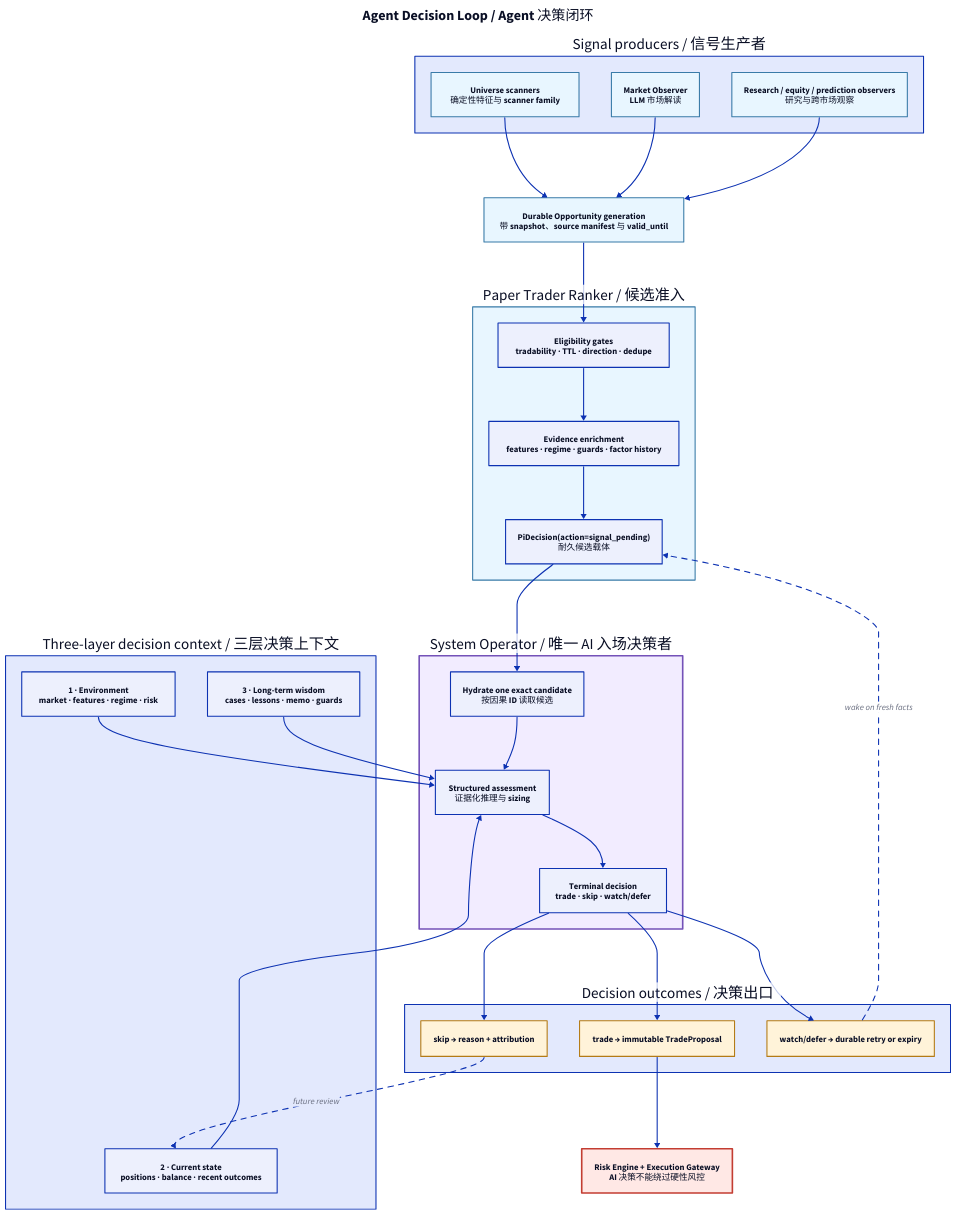
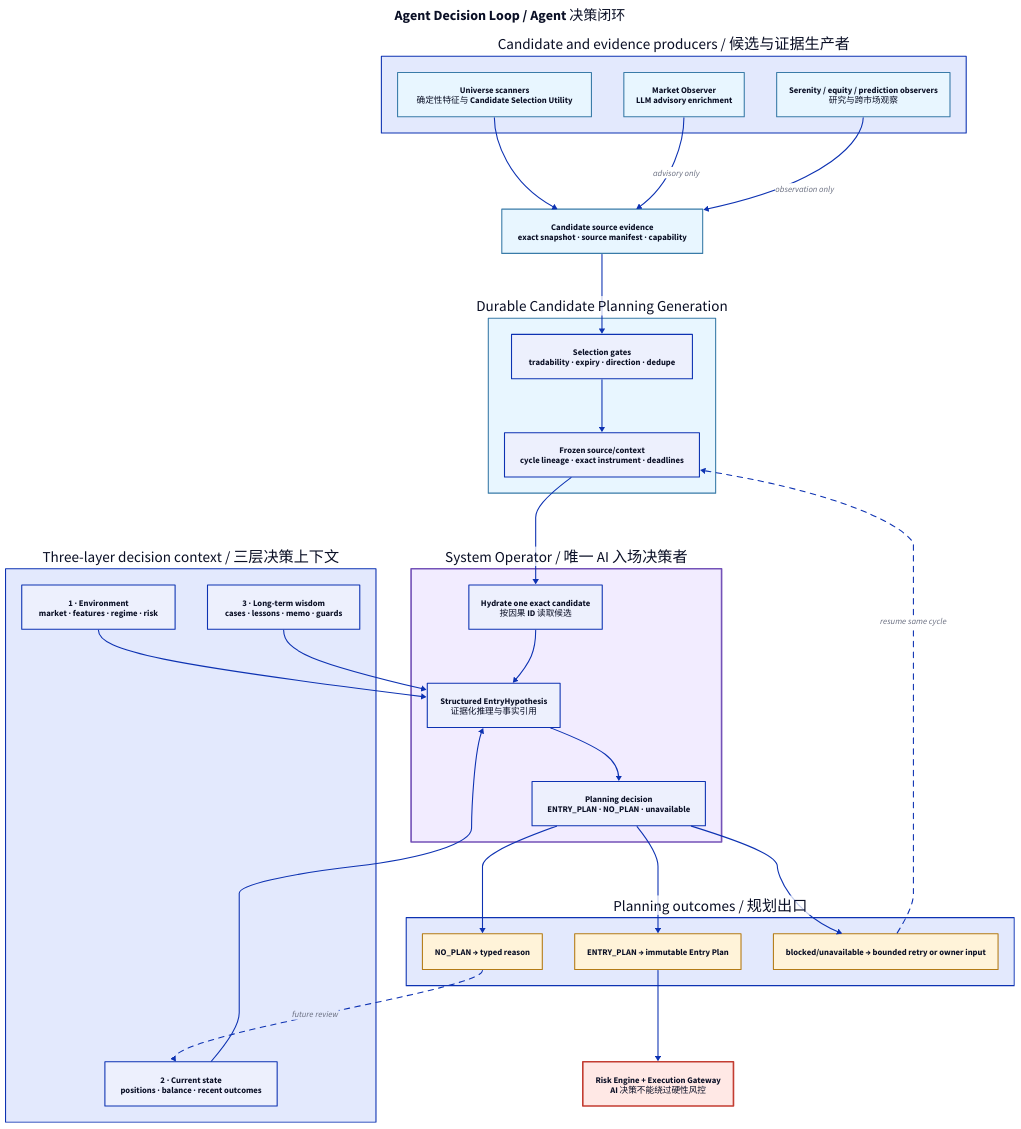
One commit to iridyne/aletheia changed the diagram in docs/diagrams/source/readme_agent_decision_loop.d2. Above: the diagram before and after it, drawn with D2. The commit also changed 9 other files, not shown here.

Commit message:
docs: align architecture with canonical candidate entry

```diff
--- a/docs/diagrams/source/readme_agent_decision_loop.d2
+++ b/docs/diagrams/source/readme_agent_decision_loop.d2
@@ -1,71 +1,69 @@
 direction: down
 
 classes: {
   signal: { style.fill: "#E8F6FF"; style.stroke: "#397BA8" }
   memory: { style.fill: "#EAF8F1"; style.stroke: "#2E8B67" }
   operator: { style.fill: "#F2ECFF"; style.stroke: "#7452B8"; style.stroke-width: 3 }
   terminal: { style.fill: "#FFF3D9"; style.stroke: "#B47B16" }
   safety: { style.fill: "#FFE8E5"; style.stroke: "#C33D32"; style.stroke-width: 3 }
 }
 
 title: "Agent Decision Loop / Agent 决策闭环" {
   near: top-center
   shape: text
   style.font-size: 26
   style.bold: true
 }
 
-producers: "Signal producers / 信号生产者" {
-  universe: "Universe scanners\n确定性特征与 scanner family" { class: signal }
-  observer: "Market Observer\nLLM 市场解读" { class: signal }
-  research: "Research / equity / prediction observers\n研究与跨市场观察" { class: signal }
+producers: "Candidate and evidence producers / 候选与证据生产者" {
+  universe: "Universe scanners\n确定性特征与 Candidate Selection Utility" { class: signal }
+  observer: "Market Observer\nLLM advisory enrichment" { class: signal }
+  research: "Serenity / equity / prediction observers\n研究与跨市场观察" { class: signal }
 }
 
-opportunity: "Durable Opportunity generation\n带 snapshot、source manifest 与 valid_until" { class: signal }
+opportunity: "Candidate source evidence\nexact snapshot · source manifest · capability" { class: signal }
 
-ranker: "Paper Trader Ranker / 候选准入" {
+candidate: "Durable Candidate Planning Generation" {
   class: signal
-  gates: "Eligibility gates\ntradability · TTL · direction · dedupe"
-  enrich: "Evidence enrichment\nfeatures · regime · guards · factor history"
-  pending: "PiDecision(action=signal_pending)\n耐久候选载体"
+  gates: "Selection gates\ntradability · expiry · direction · dedupe"
+  context: "Frozen source/context\ncycle lineage · exact instrument · deadlines"
 }
 
 context: "Three-layer decision context / 三层决策上下文" {
   market: "1 · Environment\nmarket · features · regime · risk"
   portfolio: "2 · Current state\npositions · balance · recent outcomes"
   wisdom: "3 · Long-term wisdom\ncases · lessons · memo · guards"
 }
 
 operator: "System Operator / 唯一 AI 入场决策者" {
   class: operator
   hydrate: "Hydrate one exact candidate\n按因果 ID 读取候选"
-  reason: "Structured assessment\n证据化推理与 sizing"
-  decide: "Terminal decision\ntrade · skip · watch/defer"
+  reason: "Structured EntryHypothesis\n证据化推理与事实引用"
+  decide: "Planning decision\nENTRY_PLAN · NO_PLAN · unavailable"
 }
 
-terminal: "Decision outcomes / 决策出口" {
-  trade: "trade → immutable TradeProposal" { class: terminal }
-  skip: "skip → reason + attribution" { class: terminal }
-  defer: "watch/defer → durable retry or expiry" { class: terminal }
+terminal: "Planning outcomes / 规划出口" {
+  plan: "ENTRY_PLAN → immutable Entry Plan" { class: terminal }
+  no_plan: "NO_PLAN → typed reason" { class: terminal }
+  unavailable: "blocked/unavailable → bounded retry or owner input" { class: terminal }
 }
 
 safety: "Risk Engine + Execution Gateway\nAI 决策不能绕过硬性风控" { class: safety }
 
 producers.universe -> opportunity
-producers.observer -> opportunity
-producers.research -> opportunity
-opportunity -> ranker.gates
-ranker.gates -> ranker.enrich
-ranker.enrich -> ranker.pending
-ranker.pending -> operator.hydrate
+producers.observer -> opportunity: "advisory only"
+producers.research -> opportunity: "observation only"
+opportunity -> candidate.gates
+candidate.gates -> candidate.context
+candidate.context -> operator.hydrate
 context.market -> operator.reason
 context.portfolio -> operator.reason
 context.wisdom -> operator.reason
 operator.hydrate -> operator.reason
 operator.reason -> operator.decide
-operator.decide -> terminal.trade
-operator.decide -> terminal.skip
-operator.decide -> terminal.defer
-terminal.trade -> safety
-terminal.skip -> context.portfolio: "future review" { style.stroke-dash: 5 }
-terminal.defer -> ranker.pending: "wake on fresh facts" { style.stroke-dash: 5 }
+operator.decide -> terminal.plan
+operator.decide -> terminal.no_plan
+operator.decide -> terminal.unavailable
+terminal.plan -> safety
+terminal.no_plan -> context.portfolio: "future review" { style.stroke-dash: 5 }
+terminal.unavailable -> candidate.context: "resume same cycle" { style.stroke-dash: 5 }
```
